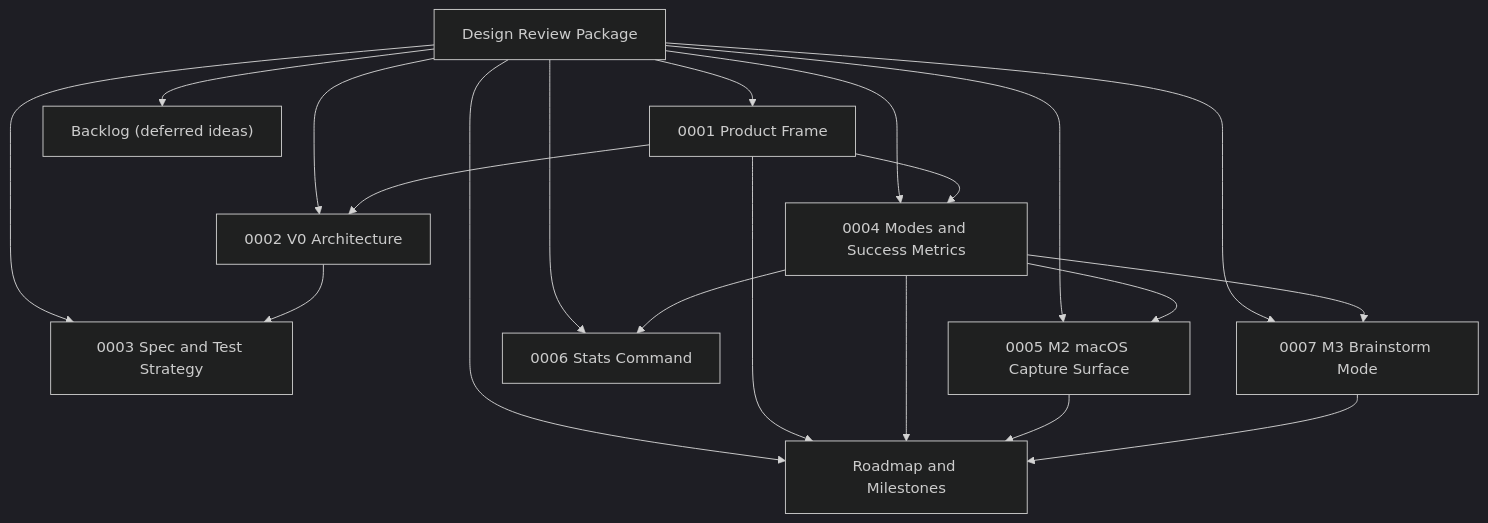
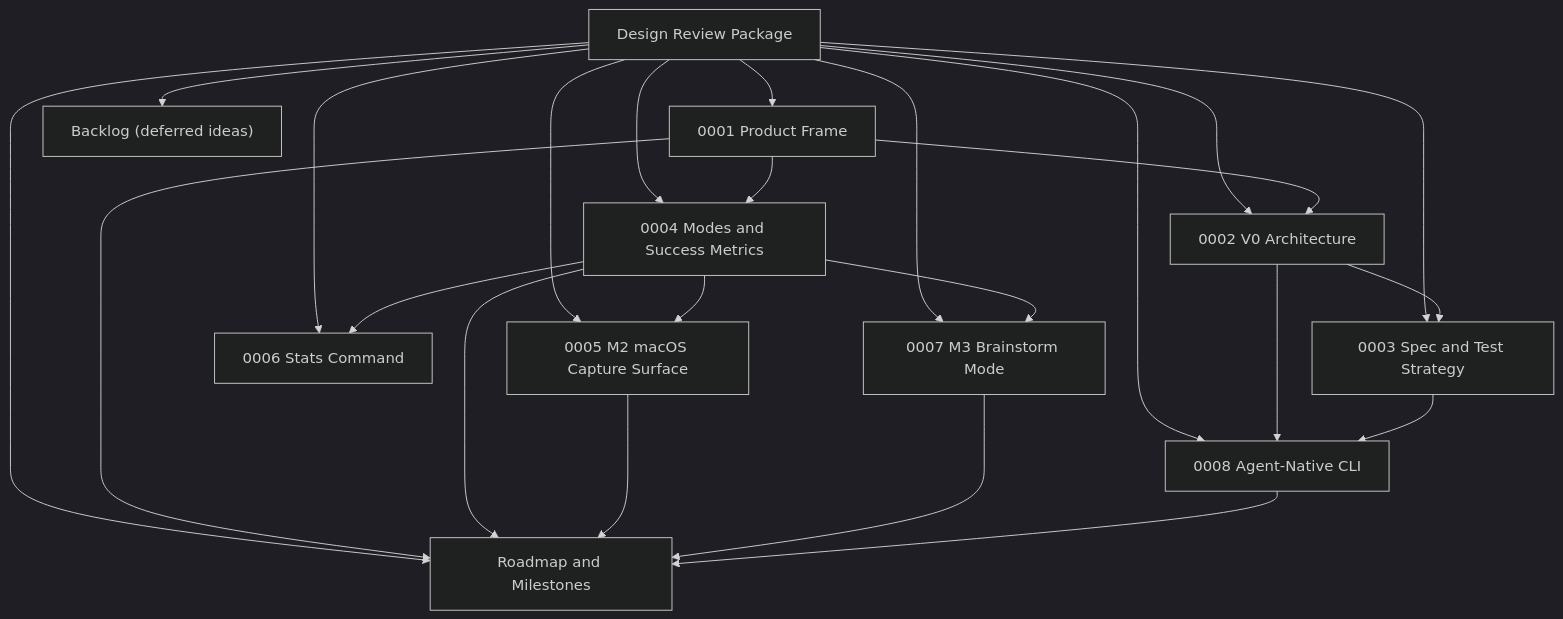
Before and after one commit to flyingrobots/think: the diagram in docs/design/README.md, drawn with Mermaid (dark theme). The commit also changed other lines of this file and 2 other files, not shown here.

Commit message:
Add agent-native CLI design note

````diff
--- a/docs/design/README.md
+++ b/docs/design/README.md
@@ -35,22 +36,26 @@
 ```mermaid
 flowchart TD
     R["Design Review Package"] --> P["0001 Product Frame"]
     R --> A["0002 V0 Architecture"]
     R --> T["0003 Spec and Test Strategy"]
     R --> M["0004 Modes and Success Metrics"]
     R --> M2["0005 M2 macOS Capture Surface"]
     R --> S["0006 Stats Command"]
     R --> B3["0007 M3 Brainstorm Mode"]
+    R --> A8["0008 Agent-Native CLI"]
     R --> RD["Roadmap and Milestones"]
     R --> BL["Backlog (deferred ideas)"]
     P --> A
     P --> M
     A --> T
     P --> RD
     M --> RD
     M --> M2
     M --> S
     M --> B3
+    A --> A8
+    T --> A8
     M2 --> RD
     B3 --> RD
+    A8 --> RD
 ```
````
